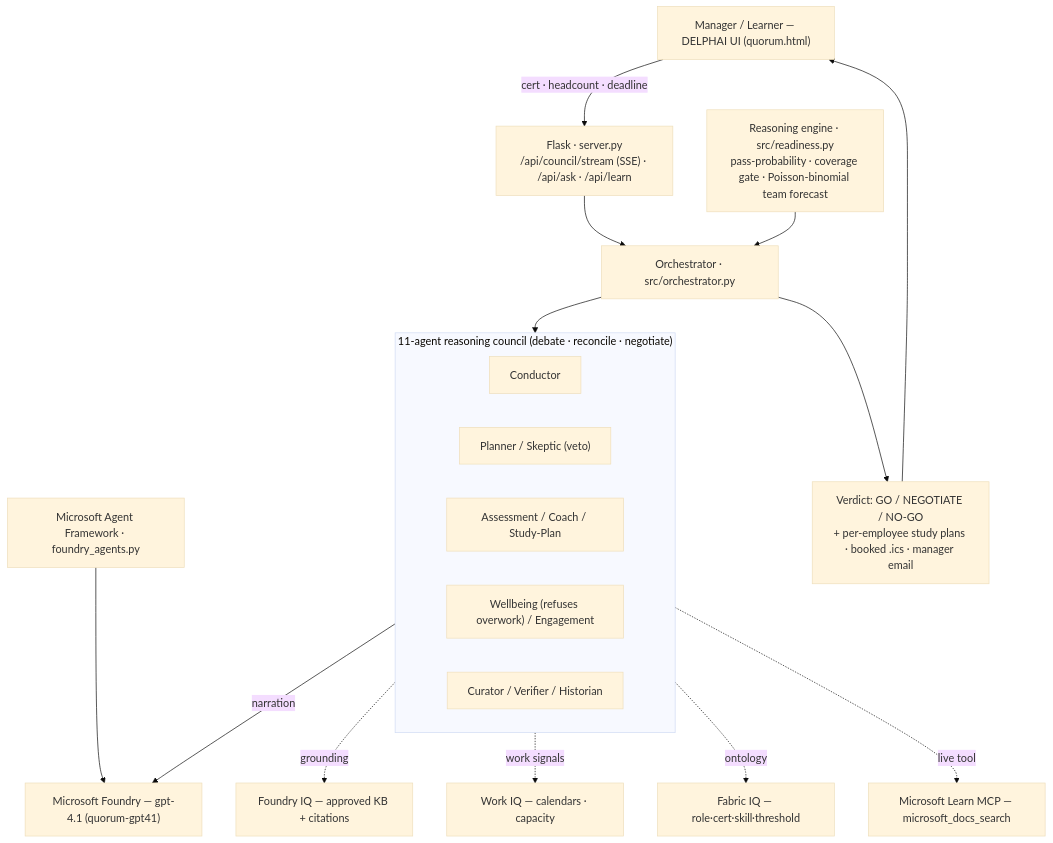
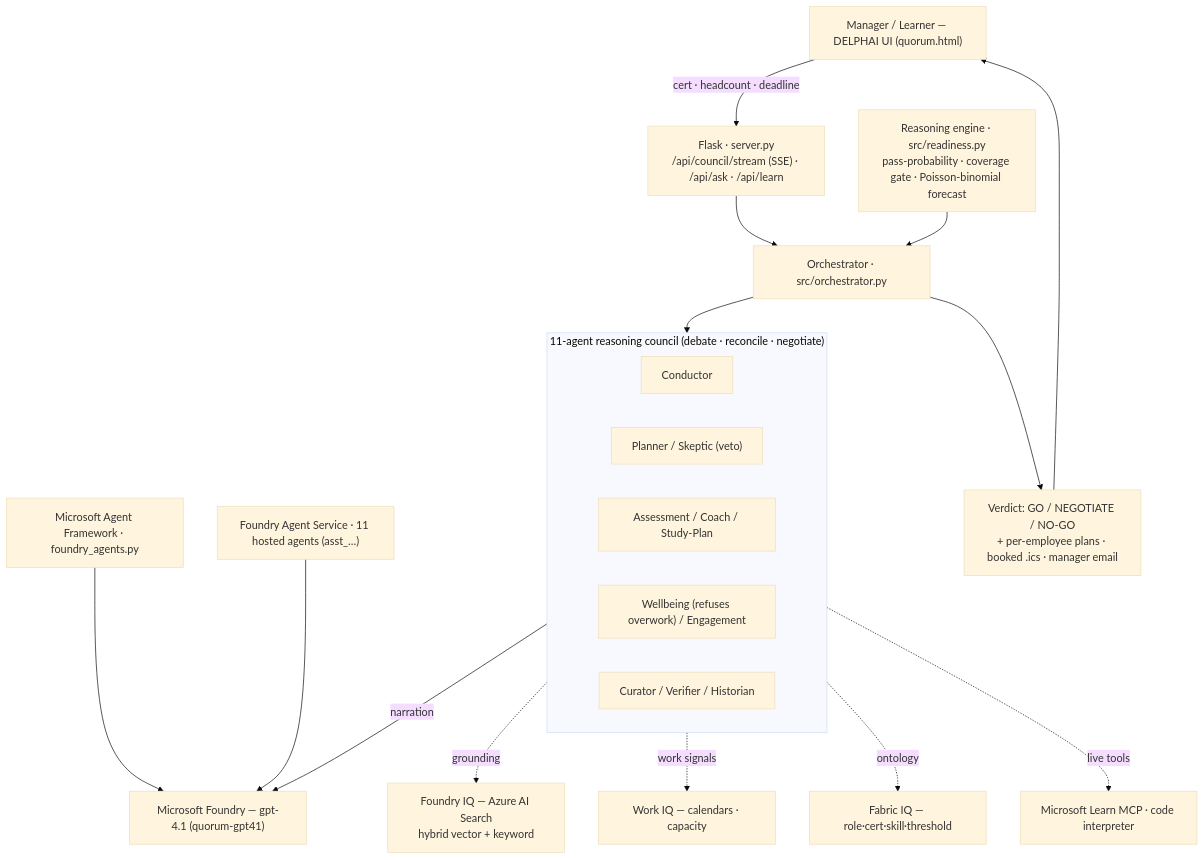
Before and after one commit to jlynch160/delphai: the diagram in README.md, drawn with Mermaid (base theme). The commit also changed other lines of this file, not shown here.

Commit message:
docs: professional showcase README (overview, problem, solution, architecture, rubric)

````diff
--- a/README.md
+++ b/README.md
@@ -42,28 +141,29 @@
 ```mermaid
 flowchart TB
   U["Manager / Learner — DELPHAI UI (quorum.html)"]
   U -->|"cert · headcount · deadline"| SRV["Flask · server.py<br/>/api/council/stream (SSE) · /api/ask · /api/learn"]
   SRV --> ORC["Orchestrator · src/orchestrator.py"]
-  ENG["Reasoning engine · src/readiness.py<br/>pass-probability · coverage gate · Poisson-binomial team forecast"] --> ORC
+  ENG["Reasoning engine · src/readiness.py<br/>pass-probability · coverage gate · Poisson-binomial forecast"] --> ORC
 
   subgraph COUNCIL["11-agent reasoning council (debate · reconcile · negotiate)"]
     direction LR
     A1["Conductor"]
     A2["Planner / Skeptic (veto)"]
     A3["Assessment / Coach / Study-Plan"]
     A4["Wellbeing (refuses overwork) / Engagement"]
     A5["Curator / Verifier / Historian"]
   end
   ORC --> COUNCIL
   COUNCIL -->|narration| MODEL["Microsoft Foundry — gpt-4.1 (quorum-gpt41)"]
 
-  COUNCIL -. grounding .-> FIQ["Foundry IQ — approved KB + citations"]
+  COUNCIL -. grounding .-> FIQ["Foundry IQ — Azure AI Search<br/>hybrid vector + keyword"]
   COUNCIL -. work signals .-> WIQ["Work IQ — calendars · capacity"]
   COUNCIL -. ontology .-> FAB["Fabric IQ — role·cert·skill·threshold"]
-  COUNCIL -. live tool .-> MCP["Microsoft Learn MCP — microsoft_docs_search"]
+  COUNCIL -. live tools .-> MCP["Microsoft Learn MCP · code interpreter"]
 
   AF["Microsoft Agent Framework · foundry_agents.py"] --> MODEL
+  HOST["Foundry Agent Service · 11 hosted agents (asst_…)"] --> MODEL
 
-  ORC --> OUT["Verdict: GO / NEGOTIATE / NO-GO<br/>+ per-employee study plans · booked .ics · manager email"]
+  ORC --> OUT["Verdict: GO / NEGOTIATE / NO-GO<br/>+ per-employee plans · booked .ics · manager email"]
   OUT --> U
 ```
````
